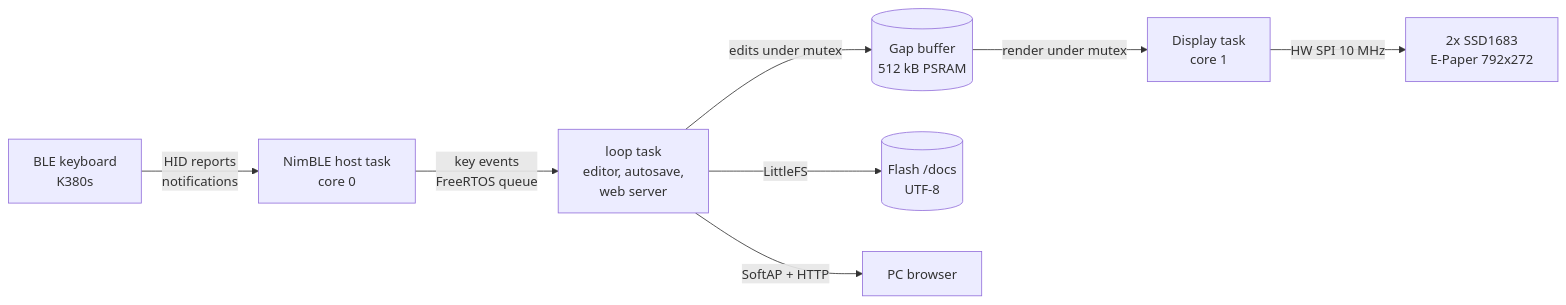
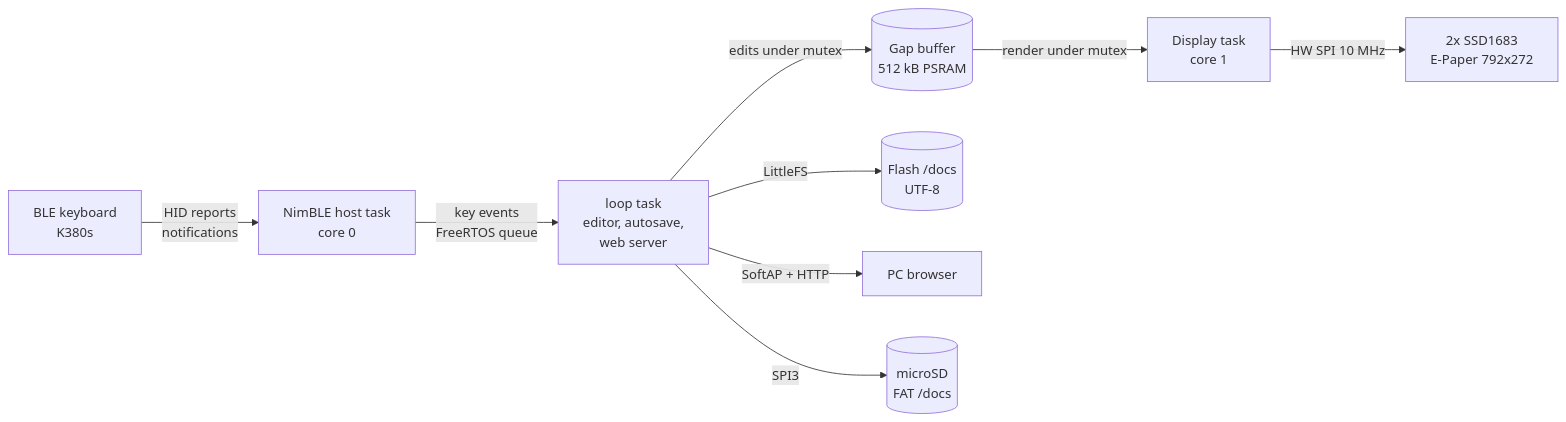
One commit to electgpl/Electgpl_EPD_Writer changed the diagram in README.md. Above: the diagram before and after it, drawn with Mermaid. The commit also changed other lines of this file, not shown here.

````diff
--- a/README.md
+++ b/README.md
@@ -133,10 +200,11 @@
 ```mermaid
 flowchart LR
     KB[BLE keyboard<br/>K380s] -- HID reports<br/>notifications --> NIM[NimBLE host task<br/>core 0]
     NIM -- key events<br/>FreeRTOS queue --> LOOP[loop task<br/>editor, autosave,<br/>web server]
     LOOP -- edits under mutex --> DOC[(Gap buffer<br/>512 kB PSRAM)]
     DOC -- render under mutex --> DISP[Display task<br/>core 1]
     DISP -- HW SPI 10 MHz --> EPD[2x SSD1683<br/>E-Paper 792x272]
     LOOP -- LittleFS --> FS[(Flash /docs<br/>UTF-8)]
     LOOP -- SoftAP + HTTP --> PC[PC browser]
+    LOOP -- SPI3 --> SD[(microSD<br/>FAT /docs)]
 ```
````
